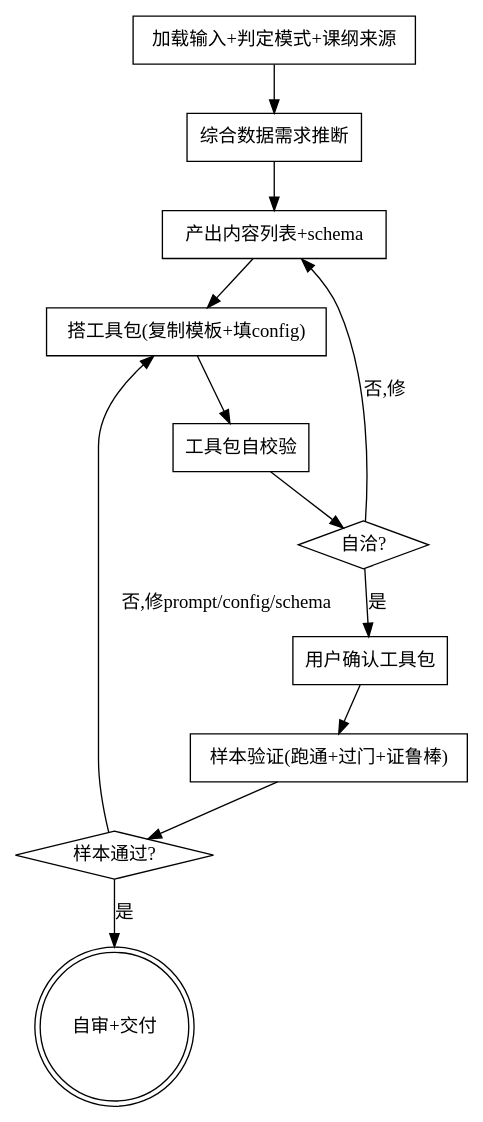
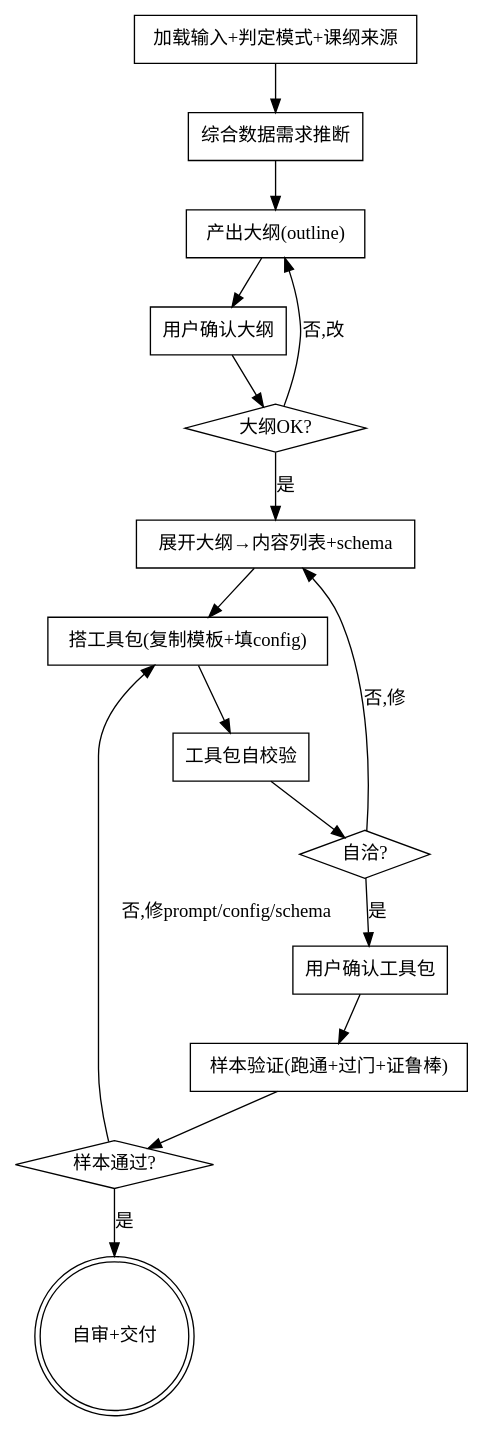
One commit to ironbob/DesignSKills changed the diagram in skills/edu-data-gen/SKILL.md. Above: the diagram before and after it, drawn with Graphviz. The commit also changed other lines of this file and 10 other files, not shown here.

````diff
--- a/skills/edu-data-gen/SKILL.md
+++ b/skills/edu-data-gen/SKILL.md
@@ -79,27 +86,34 @@
 ```dot
 digraph edudatagen {
   rankdir=TB;
   "加载输入+判定模式+课纲来源" [shape=box];
   "综合数据需求推断" [shape=box];
-  "产出内容列表+schema" [shape=box];
+  "产出大纲(outline)" [shape=box];
+  "用户确认大纲" [shape=box];
+  "大纲OK?" [shape=diamond];
+  "展开大纲→内容列表+schema" [shape=box];
   "搭工具包(复制模板+填config)" [shape=box];
   "工具包自校验" [shape=box];
   "自洽?" [shape=diamond];
   "用户确认工具包" [shape=box];
   "样本验证(跑通+过门+证鲁棒)" [shape=box];
   "样本通过?" [shape=diamond];
   "自审+交付" [shape=doublecircle];
 
   "加载输入+判定模式+课纲来源" -> "综合数据需求推断";
-  "综合数据需求推断" -> "产出内容列表+schema";
-  "产出内容列表+schema" -> "搭工具包(复制模板+填config)";
+  "综合数据需求推断" -> "产出大纲(outline)";
+  "产出大纲(outline)" -> "用户确认大纲";
+  "用户确认大纲" -> "大纲OK?";
+  "大纲OK?" -> "产出大纲(outline)" [label="否,改"];
+  "大纲OK?" -> "展开大纲→内容列表+schema" [label="是"];
+  "展开大纲→内容列表+schema" -> "搭工具包(复制模板+填config)";
   "搭工具包(复制模板+填config)" -> "工具包自校验";
   "工具包自校验" -> "自洽?";
-  "自洽?" -> "产出内容列表+schema" [label="否,修"];
+  "自洽?" -> "展开大纲→内容列表+schema" [label="否,修"];
   "自洽?" -> "用户确认工具包" [label="是"];
   "用户确认工具包" -> "样本验证(跑通+过门+证鲁棒)";
   "样本验证(跑通+过门+证鲁棒)" -> "样本通过?";
   "样本通过?" -> "搭工具包(复制模板+填config)" [label="否,修prompt/config/schema"];
   "样本通过?" -> "自审+交付" [label="是"];
 }
 ```
````
